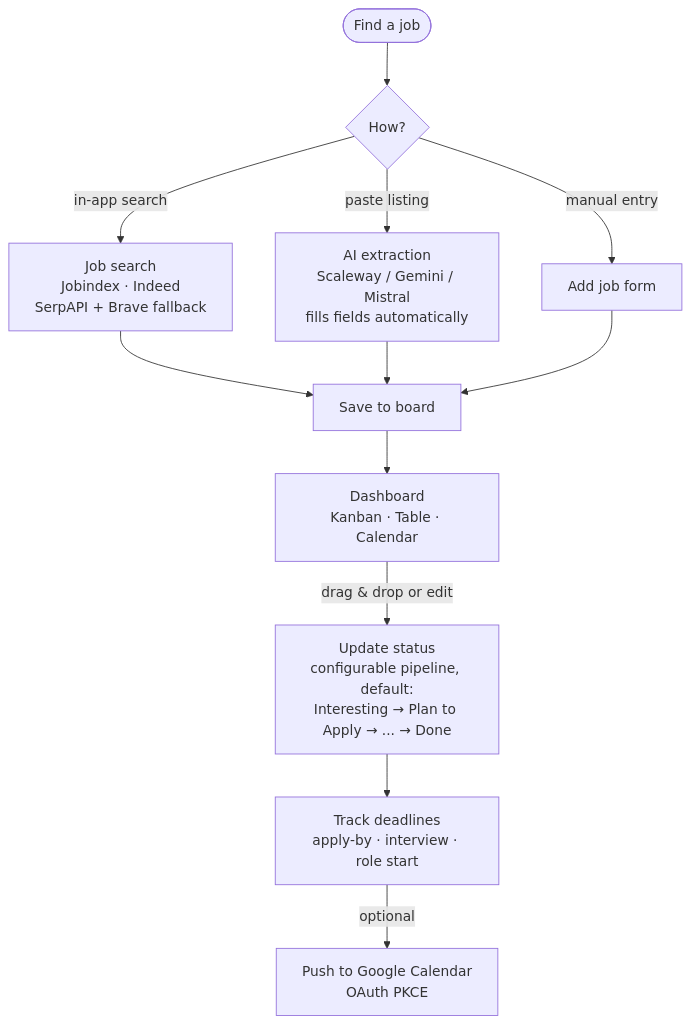
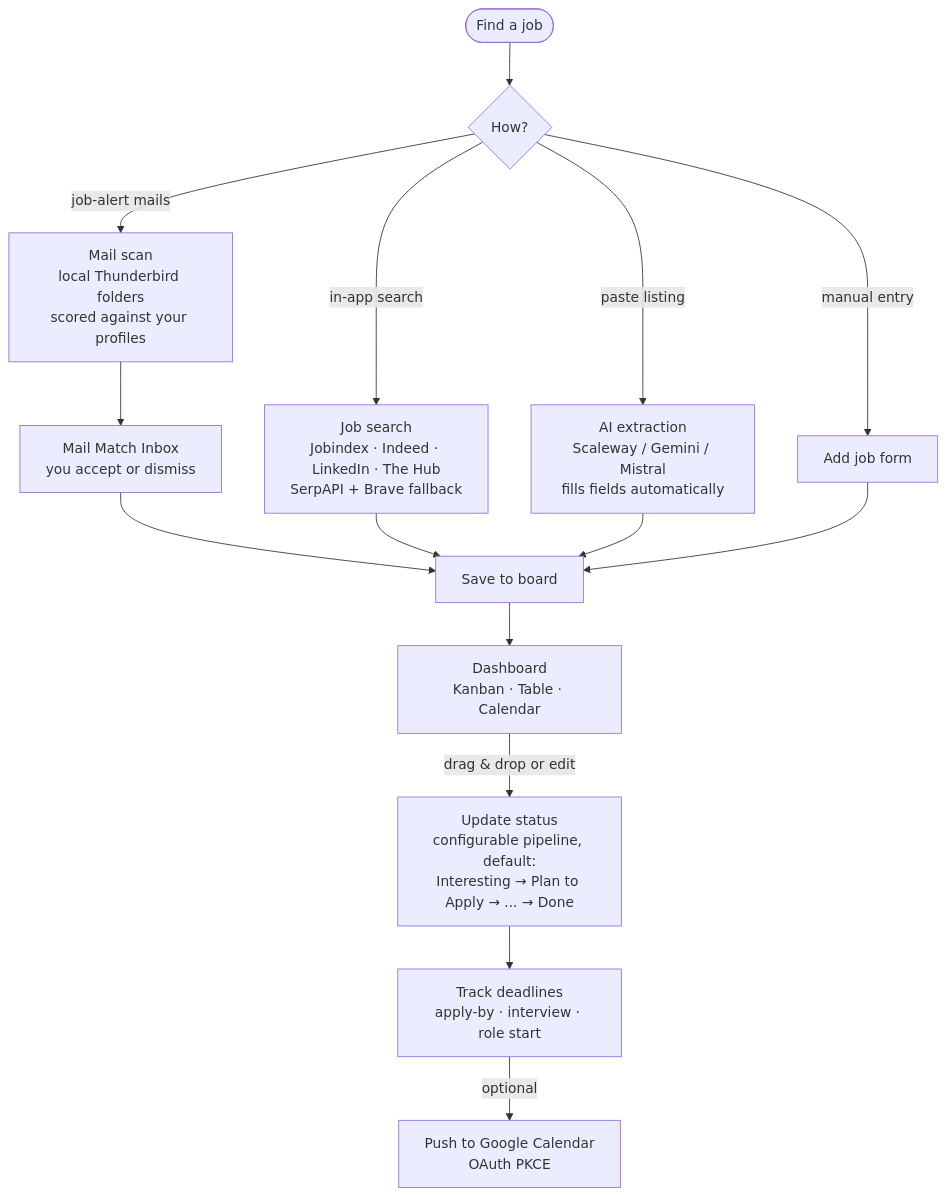
Before and after one commit to eikrad/Job-Tracker: the first of 2 diagrams in README.md, drawn with Mermaid. The commit also changed other lines of this file and 1 other file, not shown here.

First line of the commit message:
docs: index releasing.md, show mail scan in README diagrams, note skip gates

````diff
--- a/README.md
+++ b/README.md
@@ -29,14 +29,17 @@
 ```mermaid
 flowchart TD
     DISCOVER([Find a job]) --> SOURCE
-    SOURCE{How?} -->|in-app search| SEARCH[Job search\nJobindex · Indeed\nSerpAPI + Brave fallback]
+    SOURCE{How?} -->|in-app search| SEARCH[Job search\nJobindex · Indeed · LinkedIn · The Hub\nSerpAPI + Brave fallback]
     SOURCE -->|paste listing| EXTRACT[AI extraction\nScaleway / Gemini / Mistral\nfills fields automatically]
     SOURCE -->|manual entry| FORM[Add job form]
+    SOURCE -->|job-alert mails| MAIL[Mail scan\nlocal Thunderbird folders\nscored against your profiles]
+    MAIL --> INBOX[Mail Match Inbox\nyou accept or dismiss]
+    INBOX --> SAVE
     SEARCH --> SAVE[Save to board]
     EXTRACT --> SAVE
     FORM --> SAVE
     SAVE --> BOARD[Dashboard\nKanban · Table · Calendar]
     BOARD -->|drag & drop or edit| STATUS[Update status\nconfigurable pipeline, default:\nInteresting → Plan to Apply → ... → Done]
     STATUS --> DATES[Track deadlines\napply-by · interview · role start]
     DATES -->|optional| GCAL[Push to Google Calendar\nOAuth PKCE]
 ```
````
